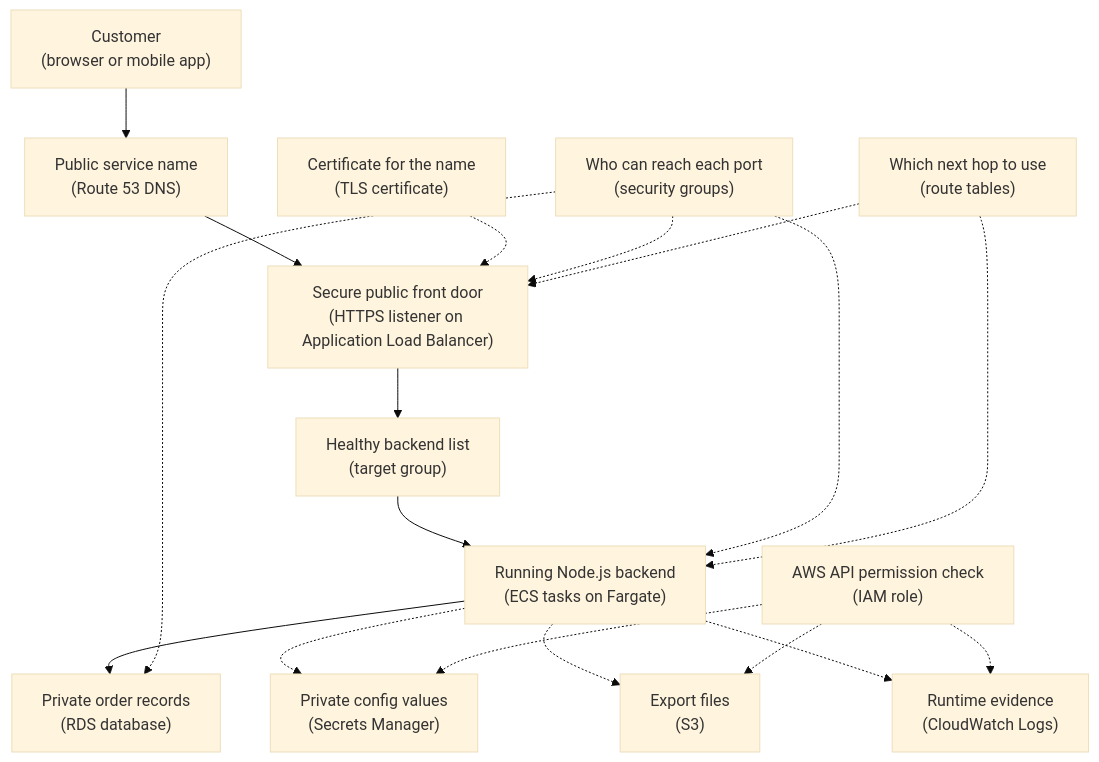
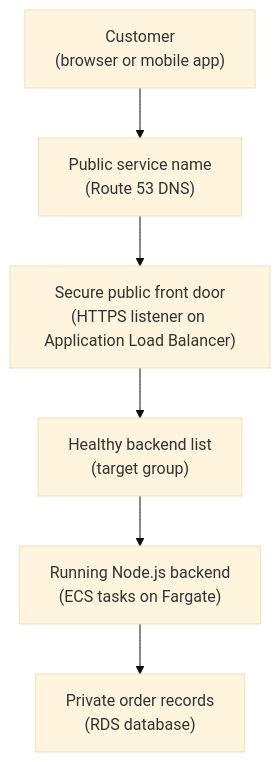
One commit to senlinyy/dev-roadmaps changed the diagram in cloud-providers/aws/networking-connectivity/networking-mental-model.md. Above: the diagram before and after it, drawn with Mermaid (base theme). The commit also changed other lines of this file and 89 other files, not shown here.

````diff
--- a/cloud-providers/aws/networking-connectivity/networking-mental-model.md
+++ b/cloud-providers/aws/networking-connectivity/networking-mental-model.md
@@ -100,21 +99,8 @@
 ```mermaid
 flowchart TD
     CUSTOMER["Customer<br/>(browser or mobile app)"] --> NAME["Public service name<br/>(Route 53 DNS)"]
     NAME --> ENTRY["Secure public front door<br/>(HTTPS listener on Application Load Balancer)"]
     ENTRY --> TARGETS["Healthy backend list<br/>(target group)"]
     TARGETS --> TASKS["Running Node.js backend<br/>(ECS tasks on Fargate)"]
     TASKS --> DATABASE["Private order records<br/>(RDS database)"]
-
-    CERT["Certificate for the name<br/>(TLS certificate)"] -.-> ENTRY
-    PORTS["Who can reach each port<br/>(security groups)"] -.-> ENTRY
-    PORTS -.-> TASKS
-    PORTS -.-> DATABASE
-    ROUTES["Which next hop to use<br/>(route tables)"] -.-> ENTRY
-    ROUTES -.-> TASKS
-    TASKS -.-> SECRETS["Private config values<br/>(Secrets Manager)"]
-    TASKS -.-> FILES["Export files<br/>(S3)"]
-    TASKS -.-> LOGS["Runtime evidence<br/>(CloudWatch Logs)"]
-    IAM["AWS API permission check<br/>(IAM role)"] -.-> SECRETS
-    IAM -.-> FILES
-    IAM -.-> LOGS
 ```
````
